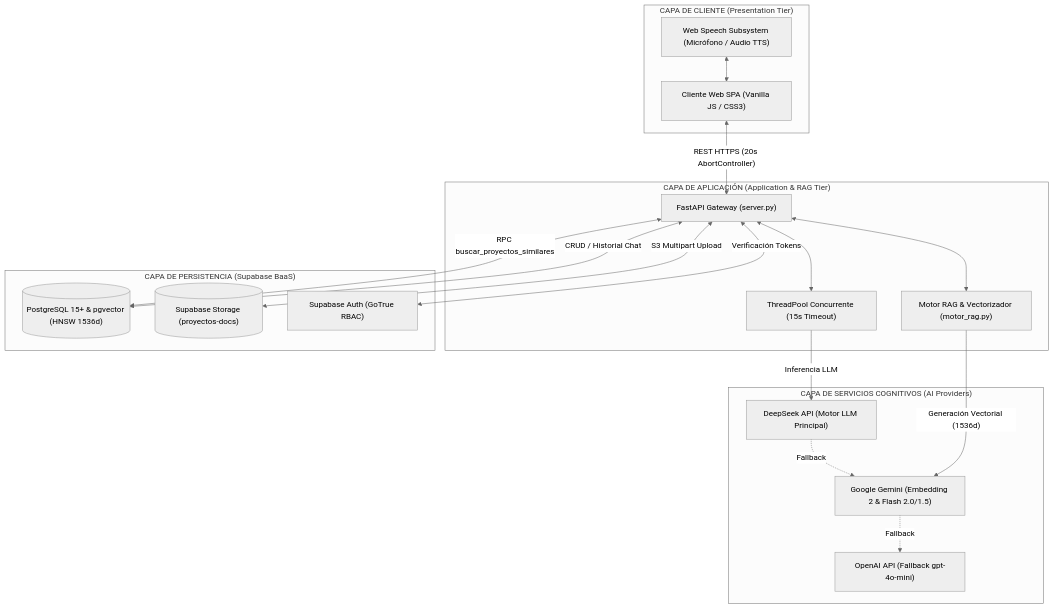
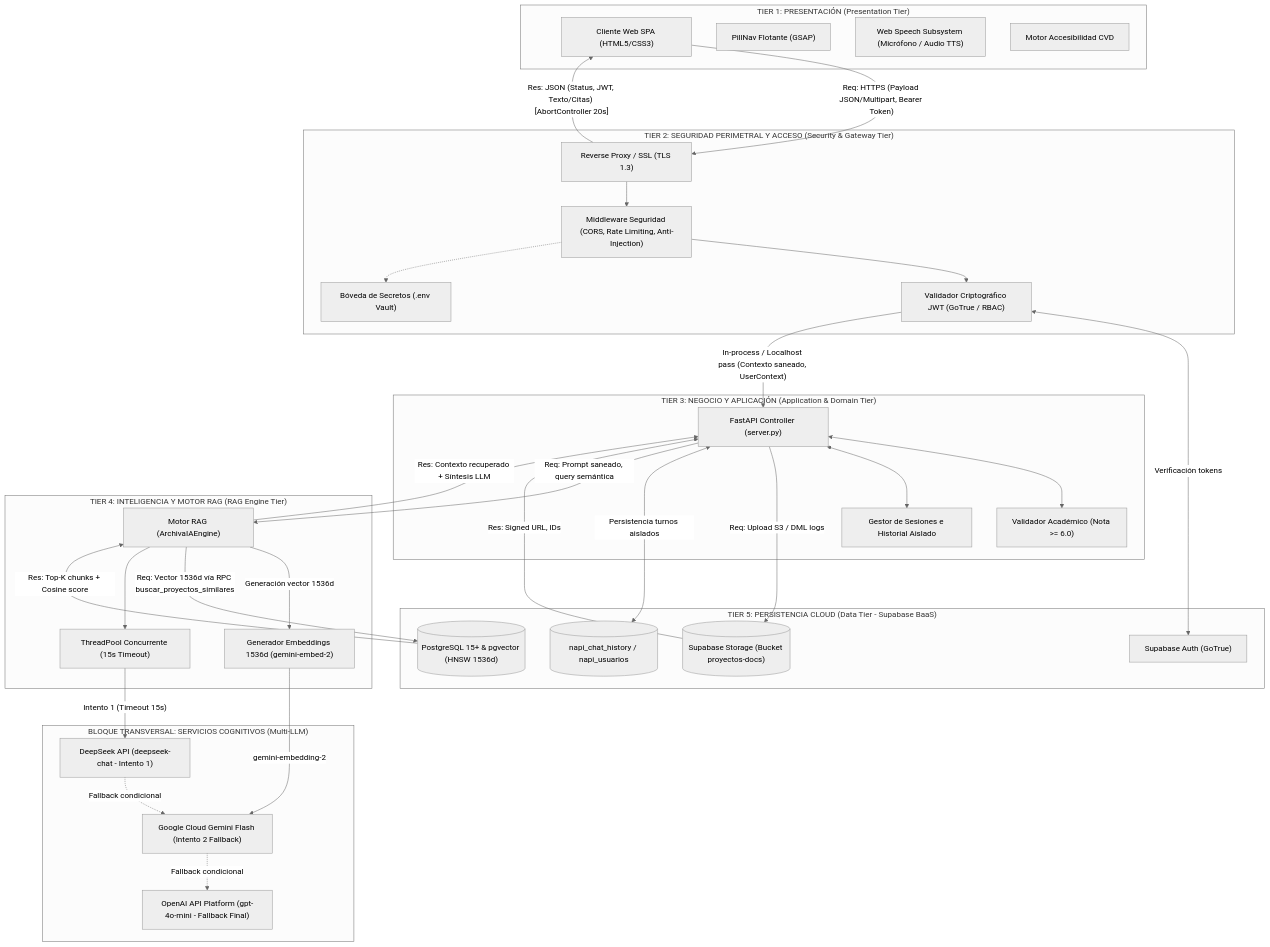
The diagram in docs/arquitectura/README.md (MemoryTesis2026/N.A.P.I), drawn with Mermaid (neutral theme) before and after one commit. The commit also changed other lines of this file and 6 other files, not shown here.

Commit message:
docs(arch): refactorizar arquitectura a 5 tiers con capa perimetral y flujos request/response

````diff
--- a/docs/arquitectura/README.md
+++ b/docs/arquitectura/README.md
@@ -38,38 +85,69 @@
 ```mermaid
 graph TB
-    subgraph ClientTier ["CAPA DE CLIENTE (Presentation Tier)"]
-        SPA["Cliente Web SPA (Vanilla JS / CSS3)"]
+    subgraph Tier1 ["TIER 1: PRESENTACIÓN (Presentation Tier)"]
+        SPA["Cliente Web SPA (HTML5/CSS3)"]
+        Nav["PillNav Flotante (GSAP)"]
         Speech["Web Speech Subsystem (Micrófono / Audio TTS)"]
+        Access["Motor Accesibilidad CVD"]
     end
 
-    subgraph AppTier ["CAPA DE APLICACIÓN (Application & RAG Tier)"]
-        Gateway["FastAPI Gateway (server.py)"]
-        Engine["Motor RAG & Vectorizador (motor_rag.py)"]
-        Executor["ThreadPool Concurrente (15s Timeout)"]
+    subgraph Tier2 ["TIER 2: SEGURIDAD PERIMETRAL Y ACCESO (Security & Gateway Tier)"]
+        Proxy["Reverse Proxy / SSL (TLS 1.3)"]
+        SecMiddleware["Middleware Seguridad (CORS, Rate Limiting, Anti-Injection)"]
+        JWTValidator["Validador Criptográfico JWT (GoTrue / RBAC)"]
+        Vault["Bóveda de Secretos (.env Vault)"]
     end
 
-    subgraph DataTier ["CAPA DE PERSISTENCIA (Supabase BaaS)"]
-        PG[("PostgreSQL 15+ & pgvector (HNSW 1536d)")]
-        Storage[("Supabase Storage (proyectos-docs)")]
-        AuthService["Supabase Auth (GoTrue RBAC)"]
+    subgraph Tier3 ["TIER 3: NEGOCIO Y APLICACIÓN (Application & Domain Tier)"]
+        Gateway["FastAPI Controller (server.py)"]
+        AcademicValidator["Validador Académico (Nota >= 6.0)"]
+        SessionMgr["Gestor de Sesiones e Historial Aislado"]
     end
 
-    subgraph AITier ["CAPA DE SERVICIOS COGNITIVOS (AI Providers)"]
-        Gemini["Google Gemini (Embedding 2 & Flash 2.0/1.5)"]
-        DeepSeek["DeepSeek API (Motor LLM Principal)"]
-        OpenAI["OpenAI API (Fallback gpt-4o-mini)"]
+    subgraph Tier4 ["TIER 4: INTELIGENCIA Y MOTOR RAG (RAG Engine Tier)"]
+        Engine["Motor RAG (ArchivaIAEngine)"]
+        Embedder["Generador Embeddings 1536d (gemini-embed-2)"]
+        ThreadPool["ThreadPool Concurrente (15s Timeout)"]
     end
 
-    SPA <-->|"REST HTTPS (20s AbortController)"| Gateway
-    Speech <--> SPA
-    Gateway <--> Engine
-    Gateway <--> Executor
-    Executor -->|"Inferencia LLM"| DeepSeek
-    DeepSeek -.->|"Fallback"| Gemini
-    Gemini -.->|"Fallback"| OpenAI
-    Engine -->|"Generación Vectorial (1536d)"| Gemini
-    Gateway <-->|"RPC buscar_proyectos_similares"| PG
-    Gateway <-->|"CRUD / Historial Chat"| PG
-    Gateway <-->|"S3 Multipart Upload"| Storage
-    Gateway <-->|"Verificación Tokens"| AuthService
+    subgraph Tier5 ["TIER 5: PERSISTENCIA CLOUD (Data Tier - Supabase BaaS)"]
+        PG[("PostgreSQL 15+ & pgvector (HNSW 1536d)")]
+        Storage[("Supabase Storage (Bucket proyectos-docs)")]
+        AuthService["Supabase Auth (GoTrue)"]
+        ChatHistoryStore[("napi_chat_history / napi_usuarios")]
+    end
+
+    subgraph ExternalTier ["BLOQUE TRANSVERSAL: SERVICIOS COGNITIVOS (Multi-LLM)"]
+        DeepSeek["DeepSeek API (deepseek-chat - Intento 1)"]
+        Gemini["Google Cloud Gemini Flash (Intento 2 Fallback)"]
+        OpenAI["OpenAI API Platform (gpt-4o-mini - Fallback Final)"]
+    end
+
+    SPA -->|"Req: HTTPS (Payload JSON/Multipart, Bearer Token)"| Proxy
+    Proxy -->|"Res: JSON (Status, JWT, Texto/Citas) [AbortController 20s]"| SPA
+    Proxy --> SecMiddleware
+    SecMiddleware --> JWTValidator
+    JWTValidator <-->|"Verificación tokens"| AuthService
+    SecMiddleware -.-> Vault
+
+    JWTValidator -->|"In-process / Localhost pass (Contexto saneado, UserContext)"| Gateway
+    Gateway <--> AcademicValidator
+    Gateway <--> SessionMgr
+
+    Gateway -->|"Req: Upload S3 / DML logs"| Storage
+    Storage -->|"Res: Signed URL, IDs"| Gateway
+    Gateway <-->|"Persistencia turnos aislados"| ChatHistoryStore
+
+    Gateway -->|"Req: Prompt saneado, query semántica"| Engine
+    Engine -->|"Res: Contexto recuperado + Síntesis LLM"| Gateway
+
+    Engine -->|"Generación vector 1536d"| Embedder
+    Embedder -->|"gemini-embedding-2"| Gemini
+    Engine -->|"Req: Vector 1536d vía RPC buscar_proyectos_similares"| PG
+    PG -->|"Res: Top-K chunks + Cosine score"| Engine
+
+    Engine --> ThreadPool
+    ThreadPool -->|"Intento 1 (Timeout 15s)"| DeepSeek
+    DeepSeek -.->|"Fallback condicional"| Gemini
+    Gemini -.->|"Fallback condicional"| OpenAI
 ```
````
